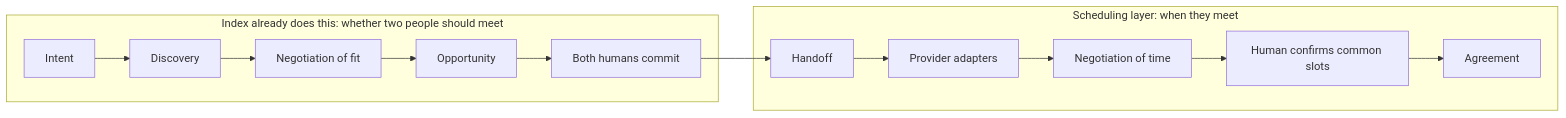
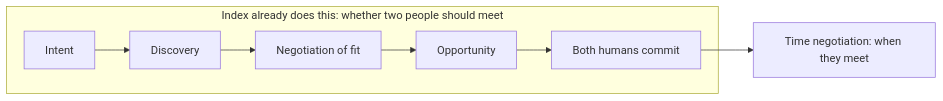
One commit to indexnetwork/index changed the diagram in docs/proposals/time-negotiation.md. Above: the diagram before and after it, drawn with Mermaid. The commit also changed other lines of this file, not shown here.

First line of the commit message:
docs: align time-negotiation proposal with FigJam workflows

````diff
--- a/docs/proposals/time-negotiation.md
+++ b/docs/proposals/time-negotiation.md
@@ -102,10 +31,7 @@
 ```mermaid
 flowchart LR
-  subgraph indexSide ["Index already does this: whether two people should meet"]
+  subgraph today ["Index already does this: whether two people should meet"]
     Intent --> Discovery --> FitNegotiation["Negotiation of fit"] --> Opportunity --> DoubleOptIn["Both humans commit"]
   end
-  DoubleOptIn --> Handoff
-  subgraph schedSide ["Scheduling layer: when they meet"]
-    Handoff --> Adapters["Provider adapters"] --> TimeNegotiation["Negotiation of time"] --> HumanConfirm["Human confirms common slots"] --> Agreement
-  end
+  DoubleOptIn --> TimeNegotiation["Time negotiation: when they meet"]
 ```
````
